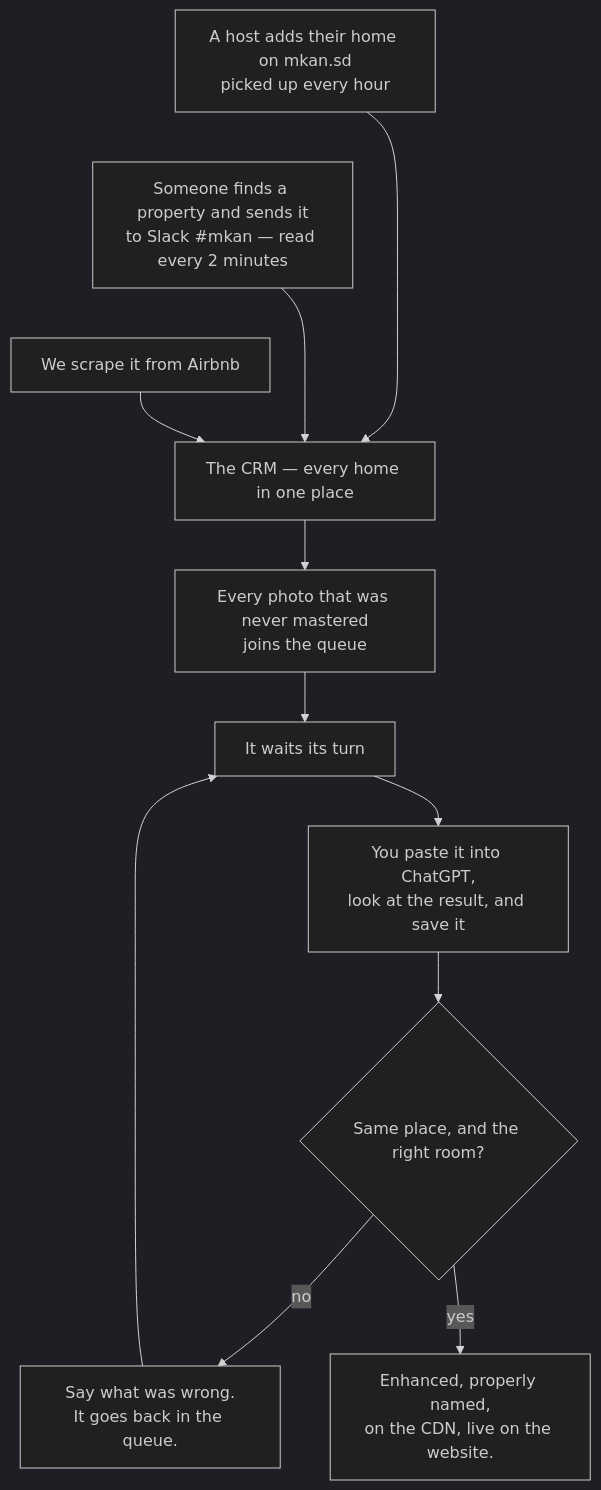
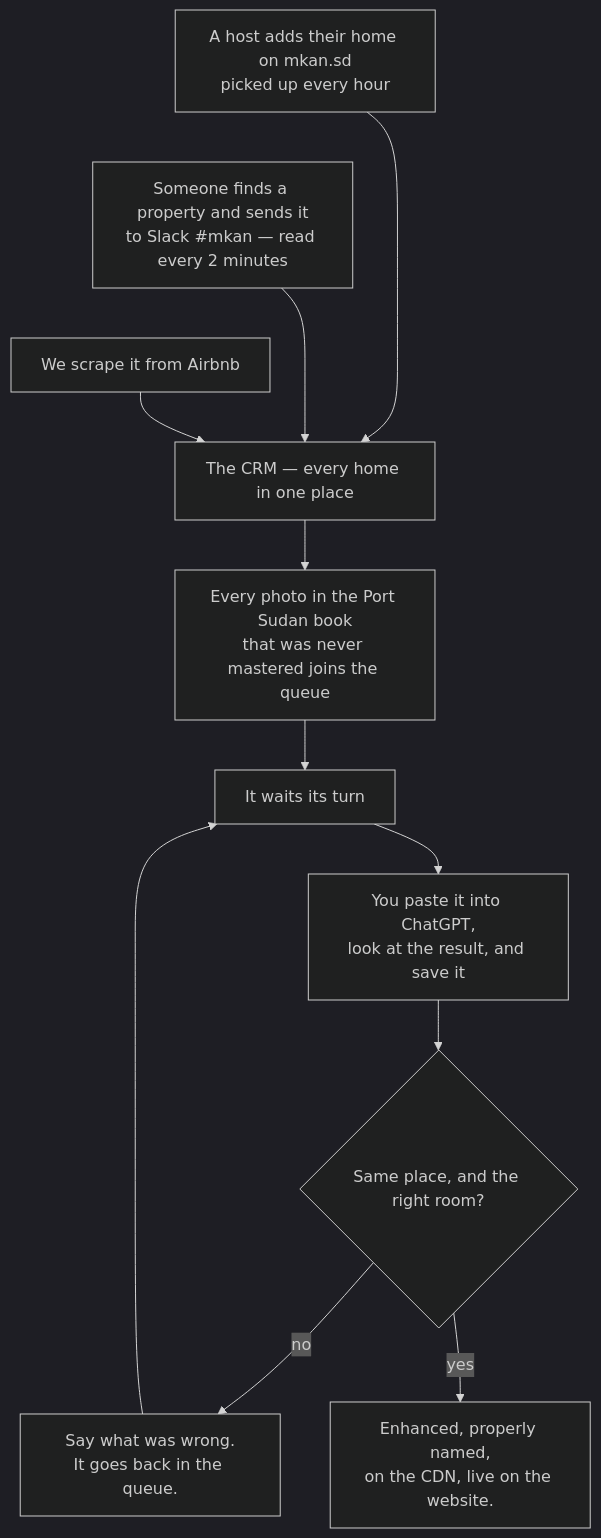
Before and after one commit to databayt/kun: the diagram in content/docs/master.mdx, drawn with Mermaid (dark theme). The commit also changed other lines of this file, not shown here.

First line of the commit message:
docs(master): the scope is the book, and nothing gates the last mile

````diff
--- a/content/docs/master.mdx
+++ b/content/docs/master.mdx
@@ -6,21 +6,21 @@
 ```mermaid
 graph TD
     S1["A host adds their home on mkan.sd<br/>picked up every hour"]
     S2["Someone finds a property and sends it<br/>to Slack #mkan — read every 2 minutes"]
     S3["We scrape it from Airbnb"]
     CRM["The CRM — every home in one place"]
-    Q1["Every photo that was never mastered<br/>joins the queue"]
+    Q1["Every photo in the Port Sudan book<br/>that was never mastered joins the queue"]
     W["It waits its turn"]
     YOU["You paste it into ChatGPT,<br/>look at the result, and save it"]
     Q{"Same place, and the right room?"}
     NO["Say what was wrong.<br/>It goes back in the queue."]
     YES["Enhanced, properly named,<br/>on the CDN, live on the website."]
 
     S1 ~~~ S2 ~~~ S3
     S1 --> CRM
     S2 --> CRM
     S3 --> CRM
     CRM --> Q1 --> W --> YOU --> Q
     Q -->|no| NO --> W
     Q -->|yes| YES
 ```
````
